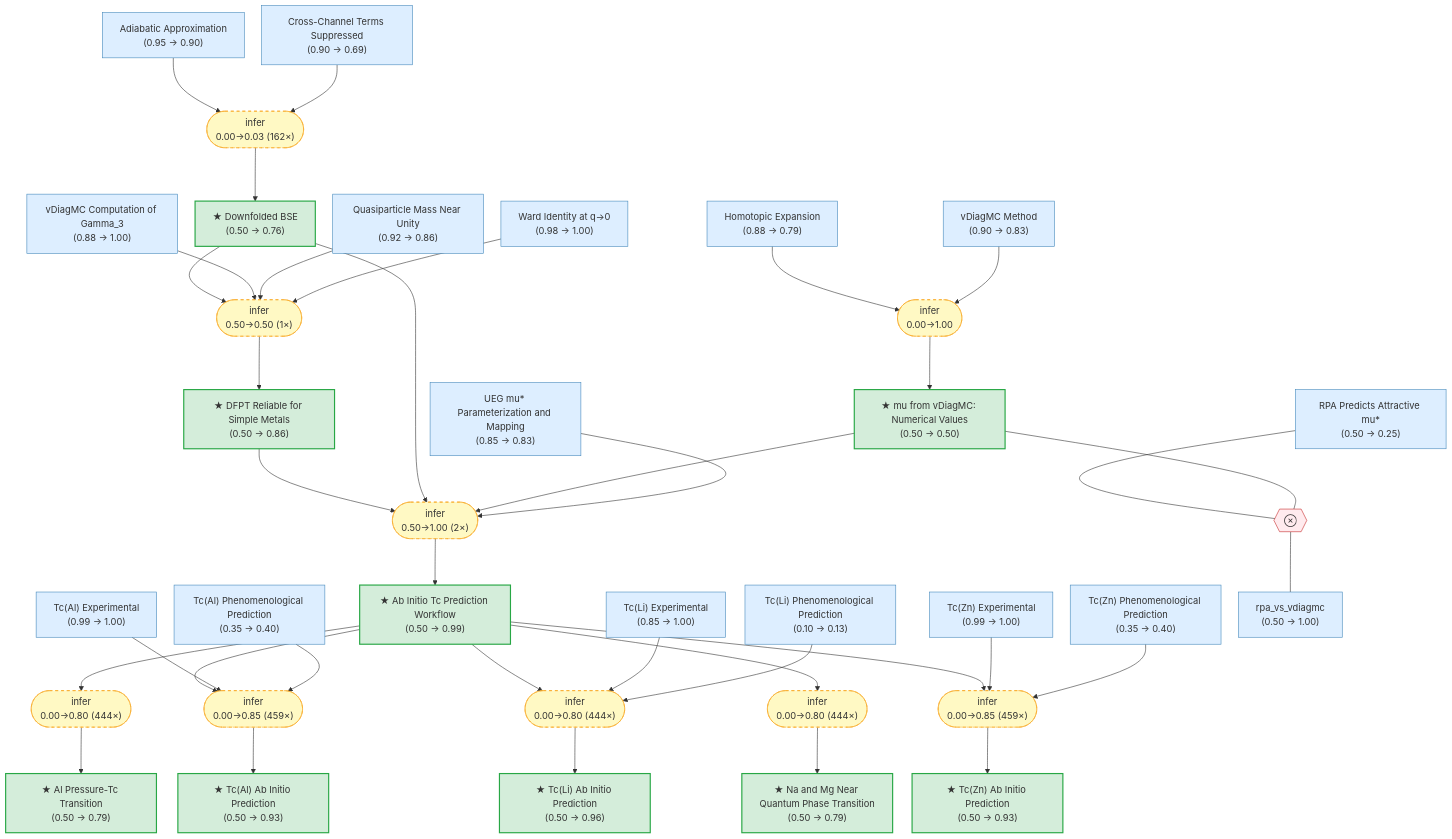
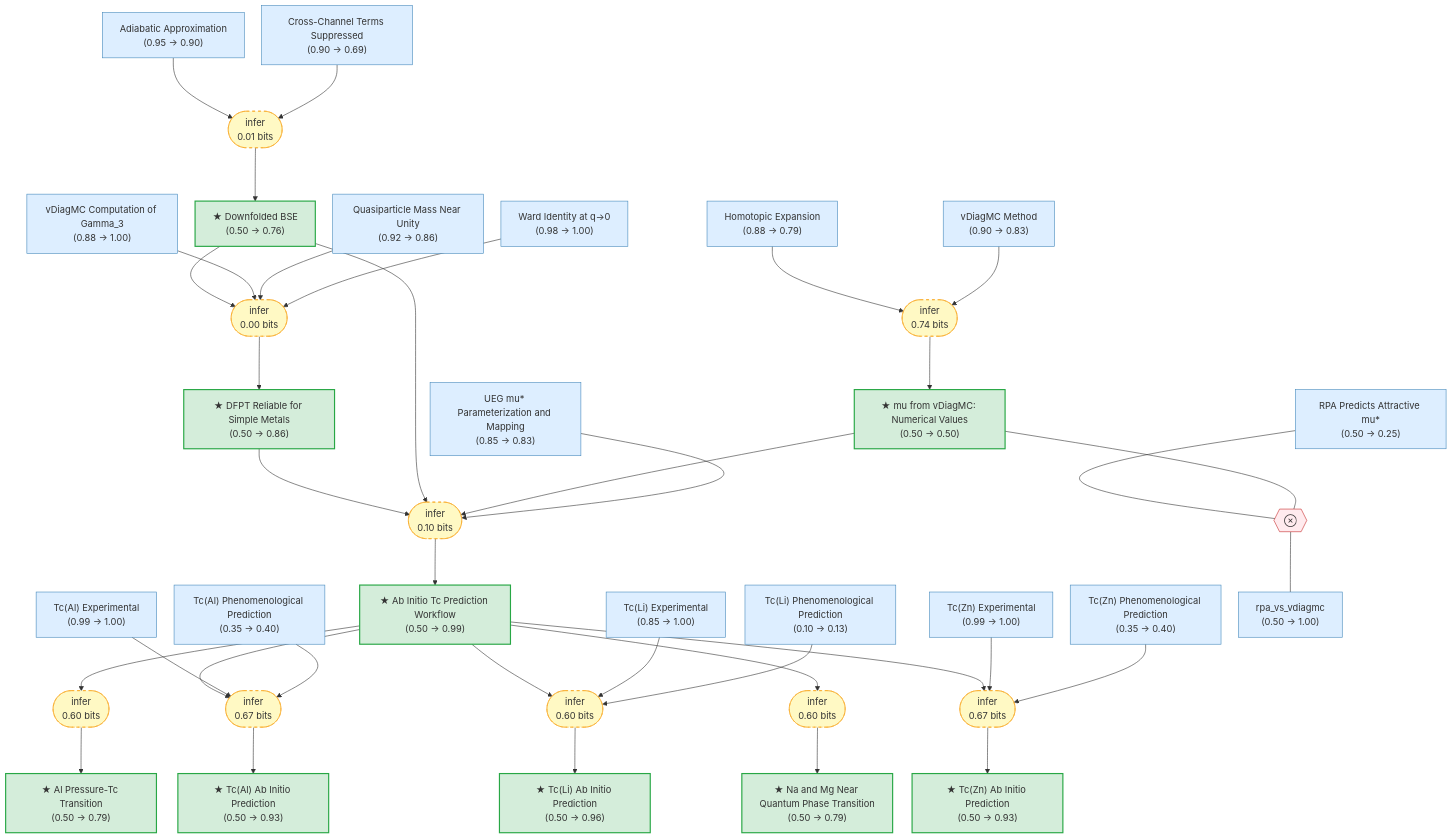
The diagram in README.md (kunyuan/SuperconductivityElectronLiquids.gaia), drawn with Mermaid before and after one commit. The commit also changed other lines of this file, not shown here.

Commit message:
feat: mutual information labels on strategy nodes + total package MI

```diff
--- a/README.md
+++ b/README.md
@@ -37,46 +37,46 @@
     tc_li_predicted["★ Tc(Li) Ab Initio Prediction\n(0.50 → 0.96)"]:::exported
     al_pressure_transition["★ Al Pressure-Tc Transition\n(0.50 → 0.79)"]:::exported
     tc_mg_na_near_qpt["★ Na and Mg Near Quantum Phase Transition\n(0.50 → 0.79)"]:::exported
+    rpa_predicts_attractive_mu["RPA Predicts Attractive mu#ast;\n(0.50 → 0.25)"]:::premise
     rpa_vs_vdiagmc["rpa_vs_vdiagmc\n(0.50 → 1.00)"]:::premise
-    rpa_predicts_attractive_mu["RPA Predicts Attractive mu#ast;\n(0.50 → 0.25)"]:::premise
-    strat_0(["infer\n0.00→0.80 (444×)"]):::weak
+    strat_0(["infer\n0.60 bits"]):::weak
     ab_initio_workflow --> strat_0
     strat_0 --> al_pressure_transition
-    strat_1(["infer\n0.00→0.85 (459×)"]):::weak
+    strat_1(["infer\n0.67 bits"]):::weak
     ab_initio_workflow --> strat_1
     tc_al_experimental --> strat_1
     tc_al_phenomenological --> strat_1
     strat_1 --> tc_al_predicted
-    strat_2(["infer\n0.00→0.80 (444×)"]):::weak
+    strat_2(["infer\n0.60 bits"]):::weak
     ab_initio_workflow --> strat_2
     tc_li_experimental --> strat_2
     tc_li_phenomenological --> strat_2
     strat_2 --> tc_li_predicted
-    strat_3(["infer\n0.00→0.80 (444×)"]):::weak
+    strat_3(["infer\n0.60 bits"]):::weak
     ab_initio_workflow --> strat_3
     strat_3 --> tc_mg_na_near_qpt
-    strat_4(["infer\n0.00→0.85 (459×)"]):::weak
+    strat_4(["infer\n0.67 bits"]):::weak
     ab_initio_workflow --> strat_4
     tc_zn_experimental --> strat_4
     tc_zn_phenomenological --> strat_4
     strat_4 --> tc_zn_predicted
-    strat_5(["infer\n0.00→0.03 (162×)"]):::weak
+    strat_5(["infer\n0.01 bits"]):::weak
     adiabatic_approx --> strat_5
     cross_term_suppressed --> strat_5
     strat_5 --> downfolded_bse
-    strat_6(["infer\n0.50→1.00 (2×)"]):::weak
+    strat_6(["infer\n0.10 bits"]):::weak
     dfpt_reliable_for_simple_metals --> strat_6
     downfolded_bse --> strat_6
     mu_vdiagmc_values --> strat_6
     ueg_pseudopotential_parameterization --> strat_6
     strat_6 --> ab_initio_workflow
-    strat_7(["infer\n0.50→0.50 (1×)"]):::weak
+    strat_7(["infer\n0.00 bits"]):::weak
     downfolded_bse --> strat_7
     gamma3_vdiagmc --> strat_7
     quasiparticle_mass_near_unity --> strat_7
     ward_identity --> strat_7
     strat_7 --> dfpt_reliable_for_simple_metals
-    strat_8(["infer\n0.00→1.00"]):::weak
+    strat_8(["infer\n0.74 bits"]):::weak
     homotopic_expansion --> strat_8
     vdiagmc_method --> strat_8
     strat_8 --> mu_vdiagmc_values
```
